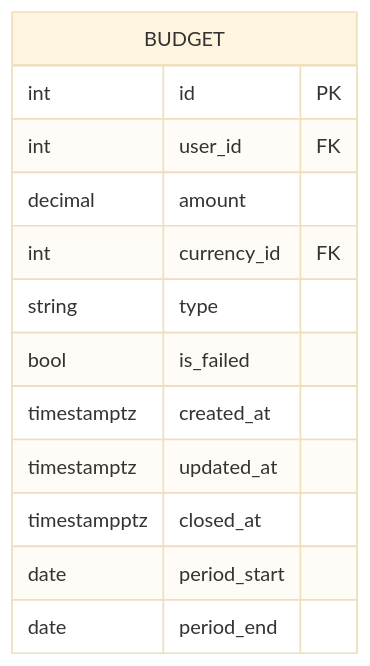
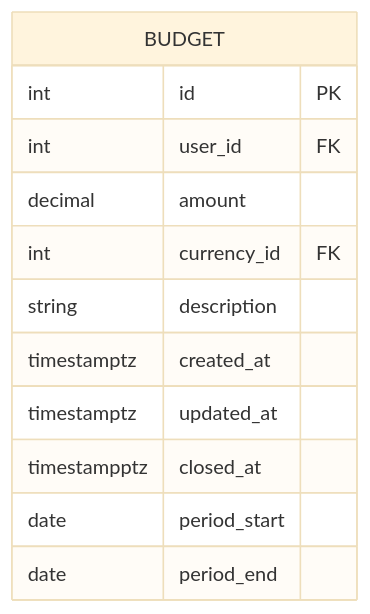
Before and after one commit to go-park-mail-ru/2025_2_VKarmane: the fifth of 12 diagrams in db/normalized/relations.md, drawn with Mermaid (base theme). The commit also changed other lines of this file and 2 other files, not shown here.

````diff
--- a/db/normalized/relations.md
+++ b/db/normalized/relations.md
@@ -121,17 +122,16 @@
 ```mermaid
 erDiagram
 
 BUDGET {
     int id PK
     int user_id FK
     decimal amount
     int currency_id FK
-    string type
-    bool is_failed
+    string description
     timestamptz created_at
     timestamptz updated_at
     timestampptz closed_at
     date period_start
     date period_end
 }
 ```
````
